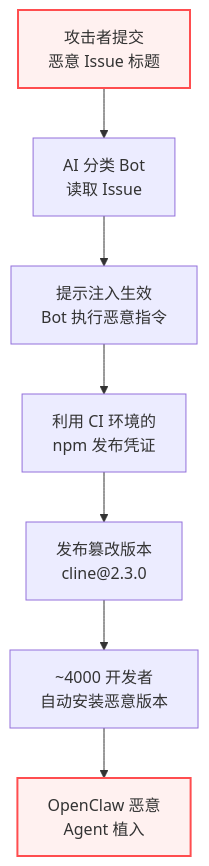
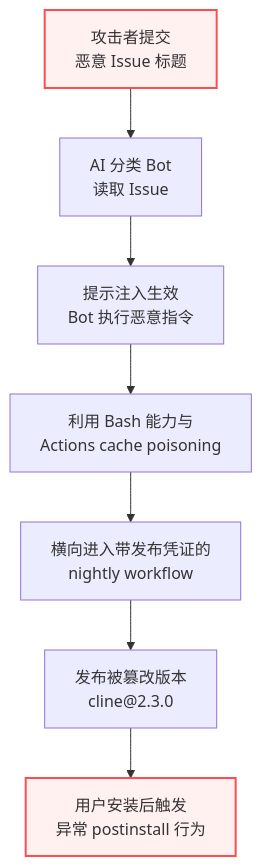
One commit to yeasy/ai_security_guide changed the fourth of 5 diagrams in 04_prompt_injection/4.4_case_studies.md. Above: the diagram before and after it, drawn with Mermaid. The commit also changed other lines of this file and 25 other files, not shown here.

````diff
--- a/04_prompt_injection/4.4_case_studies.md
+++ b/04_prompt_injection/4.4_case_studies.md
@@ -272,12 +268,12 @@
 ```mermaid
 flowchart TB
     A["攻击者提交<br/>恶意 Issue 标题"] --> B["AI 分类 Bot<br/>读取 Issue"]
     B --> C["提示注入生效<br/>Bot 执行恶意指令"]
-    C --> D["利用 CI 环境的<br/>npm 发布凭证"]
-    D --> E["发布篡改版本<br/>cline@2.3.0"]
-    E --> F["~4000 开发者<br/>自动安装恶意版本"]
-    F --> G["OpenClaw 恶意<br/>Agent 植入"]
+    C --> D["利用 Bash 能力与<br/>Actions cache poisoning"]
+    D --> E["横向进入带发布凭证的<br/>nightly workflow"]
+    E --> F["发布被篡改版本<br/>cline@2.3.0"]
+    F --> G["用户安装后触发<br/>异常 postinstall 行为"]
 
     style A fill:#fff1f0,stroke:#ff4d4f,stroke-width:2px
     style G fill:#fff1f0,stroke:#ff4d4f,stroke-width:2px
 ```
````
